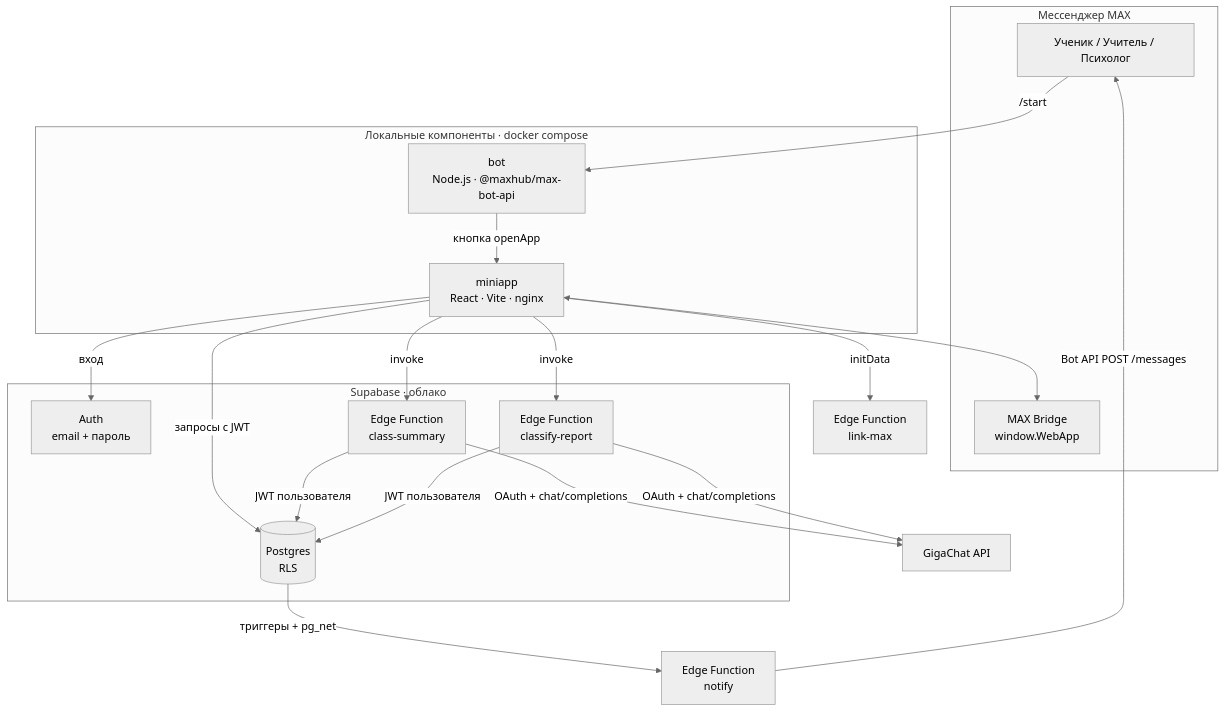
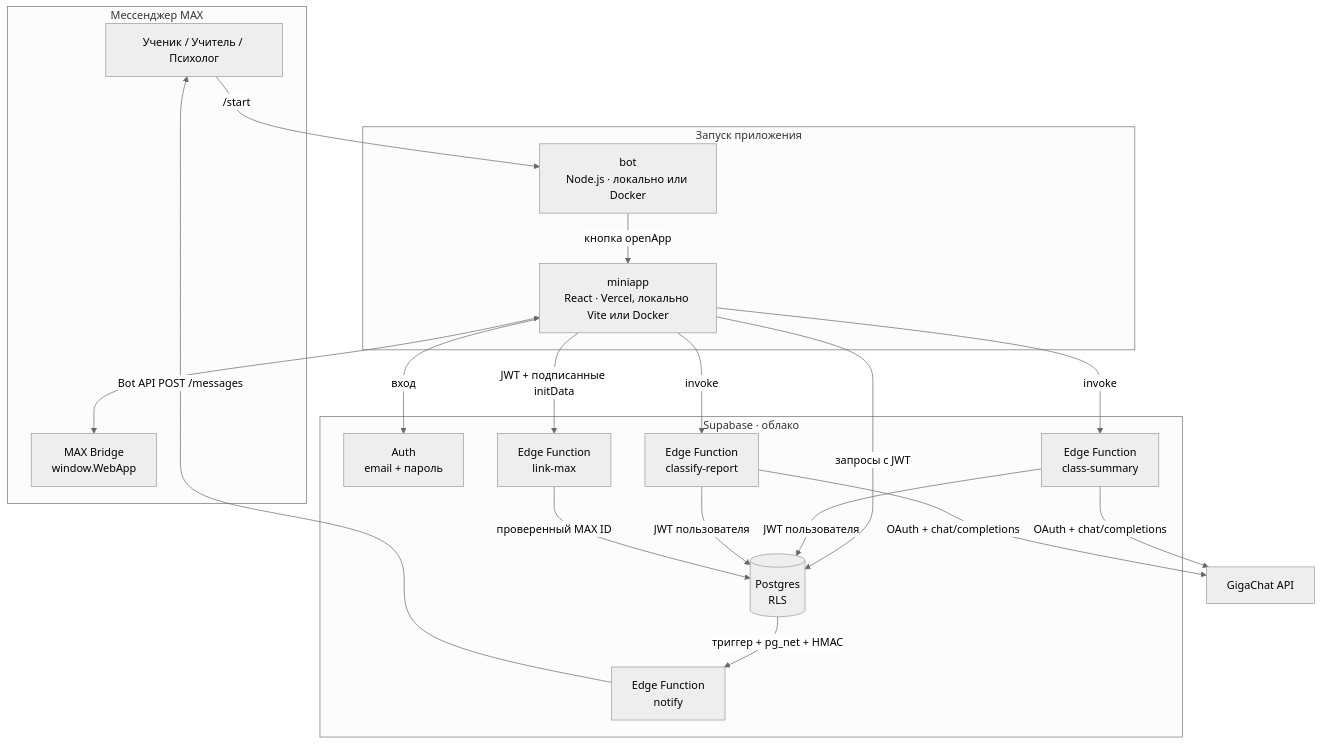
One commit to Proman2702/classpulse_max changed the diagram in docs/ARCHITECTURE.md. Above: the diagram before and after it, drawn with Mermaid (neutral theme). The commit also changed other lines of this file and 44 other files, not shown here.

Commit message:
Document three-account testing and actual database schema

````diff
--- a/docs/ARCHITECTURE.md
+++ b/docs/ARCHITECTURE.md
@@ -5,33 +5,36 @@
 ```mermaid
 flowchart TB
   subgraph MAX[Мессенджер MAX]
     U[Ученик / Учитель / Психолог]
     BR[MAX Bridge<br/>window.WebApp]
   end
 
-  subgraph Docker[Локальные компоненты · docker compose]
-    BOT[bot<br/>Node.js · @maxhub/max-bot-api]
-    APP[miniapp<br/>React · Vite · nginx]
+  subgraph Hosting[Запуск приложения]
+    BOT[bot<br/>Node.js · локально или Docker]
+    APP[miniapp<br/>React · Vercel, локально Vite или Docker]
   end
 
   subgraph Supabase[Supabase · облако]
     AUTH[Auth<br/>email + пароль]
     DB[(Postgres<br/>RLS)]
     FN1[Edge Function<br/>class-summary]
     FN2[Edge Function<br/>classify-report]
+    FN3[Edge Function<br/>link-max]
+    FN4[Edge Function<br/>notify]
   end
 
   GIGA[GigaChat API]
 
   U -- /start --> BOT
   BOT -- кнопка openApp --> APP
   APP <--> BR
   APP -- вход --> AUTH
   APP -- запросы с JWT --> DB
   APP -- invoke --> FN1 & FN2
   FN1 & FN2 -- JWT пользователя --> DB
   FN1 & FN2 -- OAuth + chat/completions --> GIGA
-  APP -- initData --> FN3[Edge Function<br/>link-max]
-  DB -- триггеры + pg_net --> FN4[Edge Function<br/>notify]
+  APP -- JWT + подписанные initData --> FN3
+  FN3 -- проверенный MAX ID --> DB
+  DB -- триггер + pg_net + HMAC --> FN4
   FN4 -- Bot API POST /messages --> U
 ```
````
